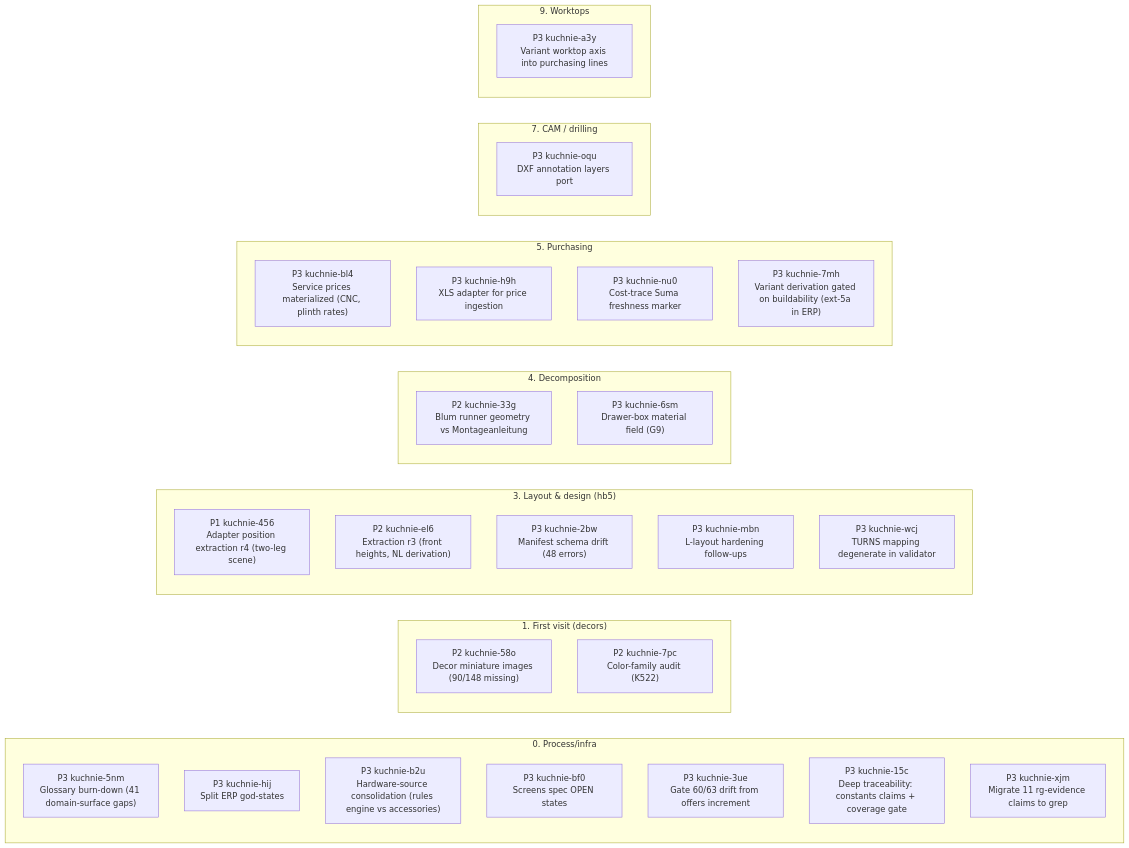
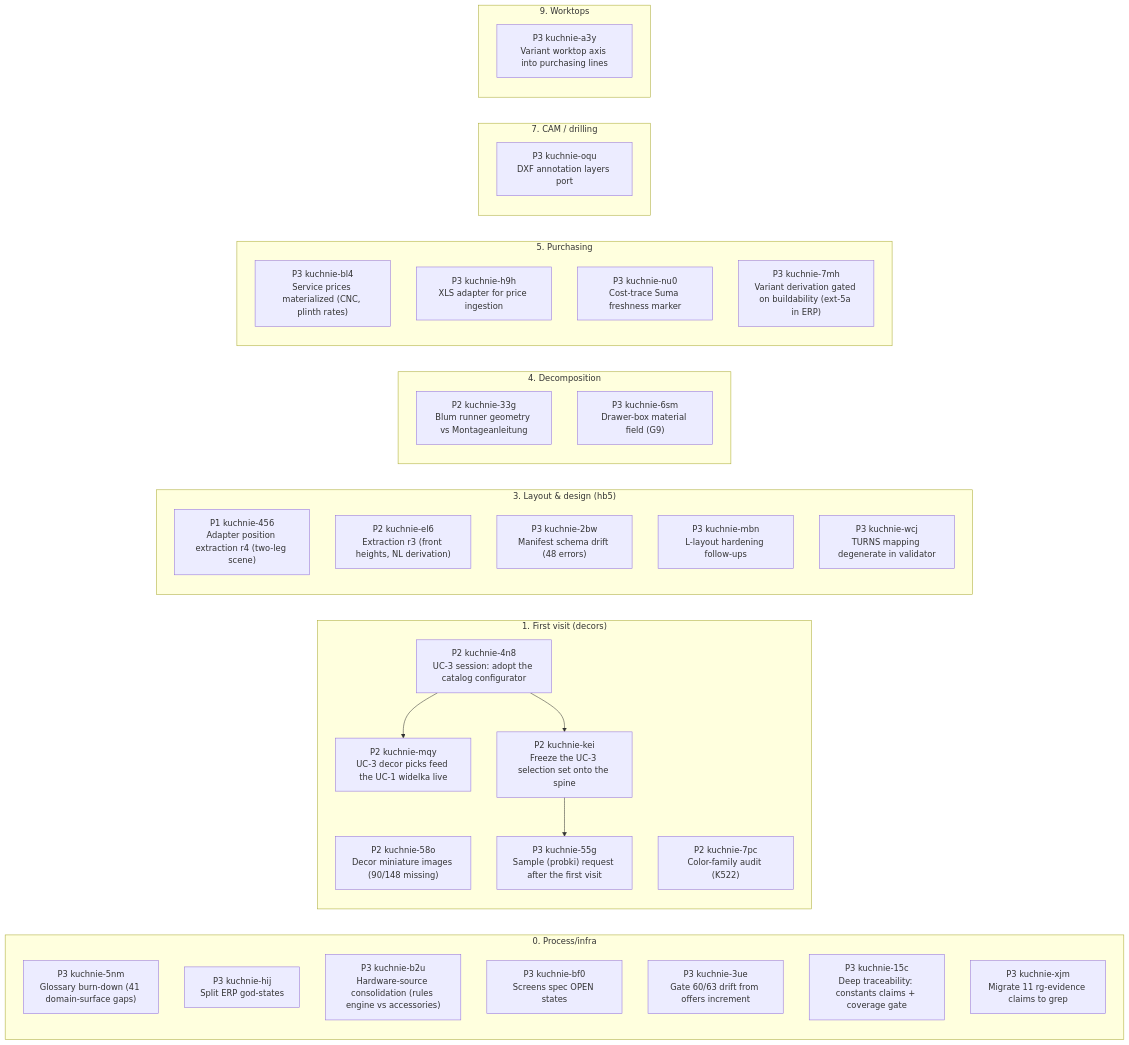
One commit to m1981/kuchnie changed the first of 2 diagrams in STATUS.md. Above: the diagram before and after it, drawn with Mermaid. The commit also changed other lines of this file and 3 other files, not shown here.

````diff
--- a/STATUS.md
+++ b/STATUS.md
@@ -126,39 +130,46 @@
 ```mermaid
 flowchart LR
     subgraph s0 ["0. Process/infra"]
         kuchnie_5nm["P3 kuchnie-5nm<br/>Glossary burn-down (41 domain-surface gaps)"]
         kuchnie_hij["P3 kuchnie-hij<br/>Split ERP god-states"]
         kuchnie_b2u["P3 kuchnie-b2u<br/>Hardware-source consolidation (rules engine vs accessories)"]
         kuchnie_bf0["P3 kuchnie-bf0<br/>Screens spec OPEN states"]
         kuchnie_3ue["P3 kuchnie-3ue<br/>Gate 60/63 drift from offers increment"]
         kuchnie_15c["P3 kuchnie-15c<br/>Deep traceability: constants claims + coverage gate"]
         kuchnie_xjm["P3 kuchnie-xjm<br/>Migrate 11 rg-evidence claims to grep"]
     end
     subgraph s1 ["1. First visit (decors)"]
         kuchnie_58o["P2 kuchnie-58o<br/>Decor miniature images (90/148 missing)"]
         kuchnie_7pc["P2 kuchnie-7pc<br/>Color-family audit (K522)"]
+        kuchnie_4n8["P2 kuchnie-4n8<br/>UC-3 session: adopt the catalog configurator"]
+        kuchnie_kei["P2 kuchnie-kei<br/>Freeze the UC-3 selection set onto the spine"]
+        kuchnie_mqy["P2 kuchnie-mqy<br/>UC-3 decor picks feed the UC-1 widelka live"]
+        kuchnie_55g["P3 kuchnie-55g<br/>Sample (probki) request after the first visit"]
     end
     subgraph s3 ["3. Layout & design (hb5)"]
         kuchnie_456["P1 kuchnie-456<br/>Adapter position extraction r4 (two-leg scene)"]
         kuchnie_el6["P2 kuchnie-el6<br/>Extraction r3 (front heights, NL derivation)"]
         kuchnie_2bw["P3 kuchnie-2bw<br/>Manifest schema drift (48 errors)"]
         kuchnie_mbn["P3 kuchnie-mbn<br/>L-layout hardening follow-ups"]
         kuchnie_wcj["P3 kuchnie-wcj<br/>TURNS mapping degenerate in validator"]
     end
     subgraph s4 ["4. Decomposition"]
         kuchnie_33g["P2 kuchnie-33g<br/>Blum runner geometry vs Montageanleitung"]
         kuchnie_6sm["P3 kuchnie-6sm<br/>Drawer-box material field (G9)"]
     end
     subgraph s5 ["5. Purchasing"]
         kuchnie_bl4["P3 kuchnie-bl4<br/>Service prices materialized (CNC, plinth rates)"]
         kuchnie_h9h["P3 kuchnie-h9h<br/>XLS adapter for price ingestion"]
         kuchnie_nu0["P3 kuchnie-nu0<br/>Cost-trace Suma freshness marker"]
         kuchnie_7mh["P3 kuchnie-7mh<br/>Variant derivation gated on buildability (ext-5a in ERP)"]
     end
     subgraph s7 ["7. CAM / drilling"]
         kuchnie_oqu["P3 kuchnie-oqu<br/>DXF annotation layers port"]
     end
     subgraph s9 ["9. Worktops"]
         kuchnie_a3y["P3 kuchnie-a3y<br/>Variant worktop axis into purchasing lines"]
     end
+    kuchnie_4n8 --> kuchnie_mqy
+    kuchnie_4n8 --> kuchnie_kei
+    kuchnie_kei --> kuchnie_55g
 ```
````
